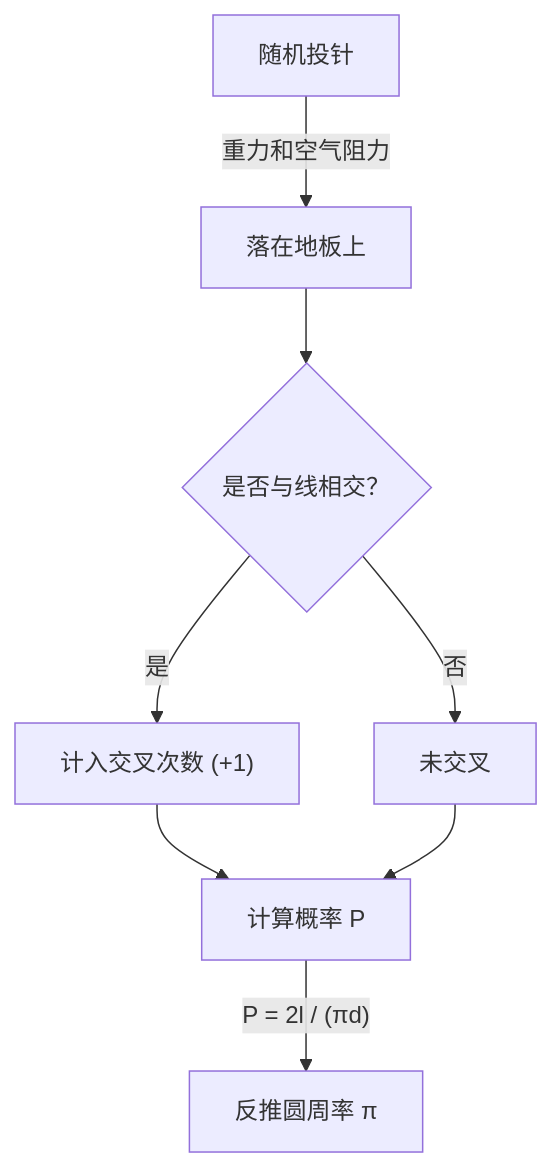
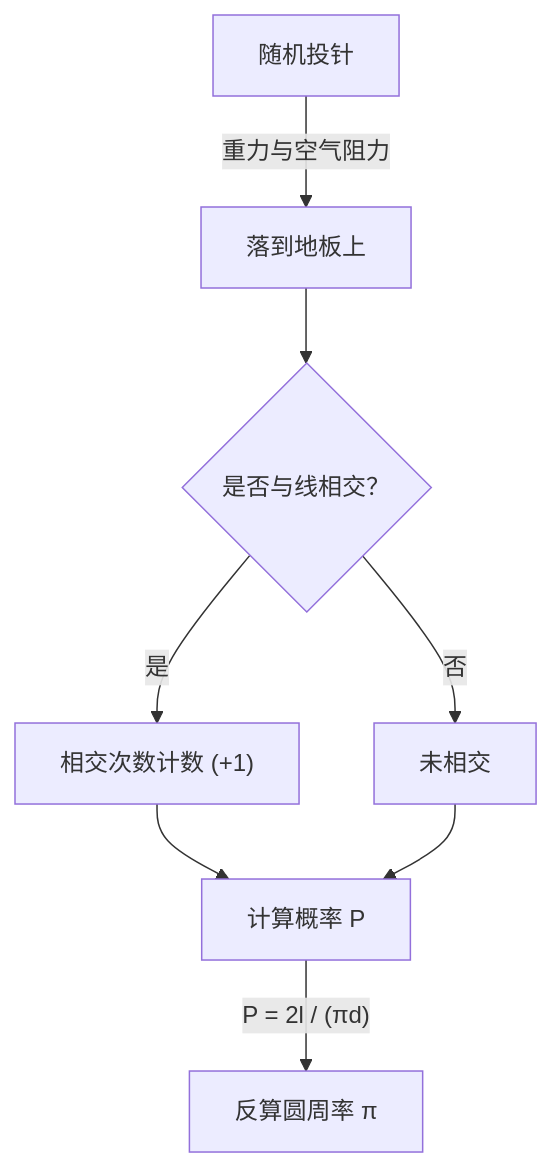
Before and after one commit to kenjinote/blog: the diagram in content/post/buffons-needle/index.zh-cn.md, drawn with Mermaid. The commit also changed other lines of this file and 97 other files, not shown here.

````diff
--- a/content/post/buffons-needle/index.zh-cn.md
+++ b/content/post/buffons-needle/index.zh-cn.md
@@ -36,10 +36,10 @@
 ```mermaid
 graph TD
-    A["随机投针"] -->|"重力和空气阻力"| B["落在地板上"]
+    A["随机投针"] -->|"重力与空气阻力"| B["落到地板上"]
     B --> C{"是否与线相交？"}
-    C -->|"是"| D["计入交叉次数 (+1)"]
-    C -->|"否"| E["未交叉"]
+    C -->|"是"| D["相交次数计数 (+1)"]
+    C -->|"否"| E["未相交"]
     D --> F["计算概率 P"]
     E --> F
-    F -->|"P = 2l / (πd)"| G["反推圆周率 π"]
+    F -->|"P = 2l / (πd)"| G["反算圆周率 π"]
 ```
````
